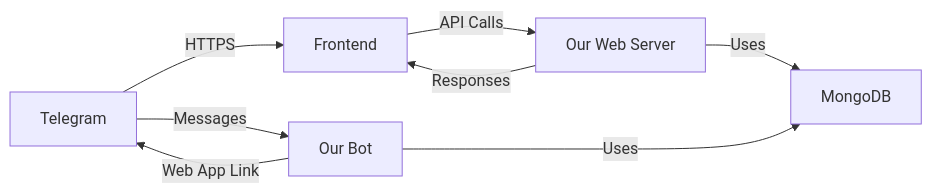
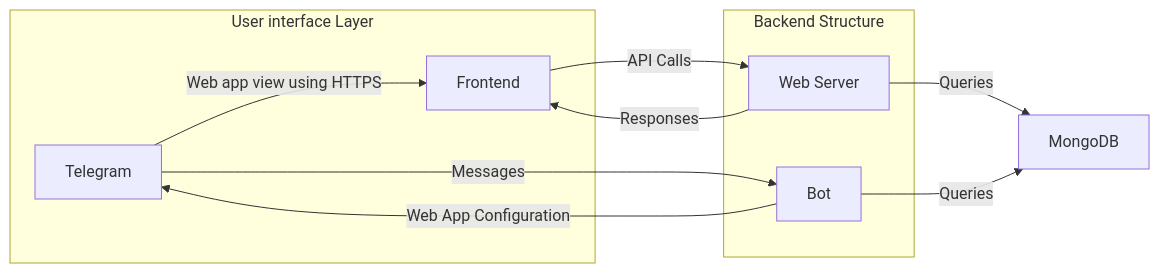
The diagram in README.md (Fardenz/telegram-mini-app), drawn with Mermaid before and after one commit.

Commit message:
adding architecture diagram

````diff
--- a/README.md
+++ b/README.md
@@ -95,10 +95,18 @@
 ```mermaid
 graph LR
-    A[Telegram] -->|Messages| B[Our Bot]
-    B -->|Web App Link| A
-    A -->|HTTPS| C[Frontend]
-    C -->|API Calls| D[Our Web Server]
+    A[Telegram] -->|Messages| B[Bot]
+    B --> |Web App Configuration|A
+    A -->|Web app view using HTTPS| C[Frontend]
+    C -->|API Calls| D[Web Server]
     D -->|Responses| C
-    D -->|Uses| E[MongoDB]
-    B -->|Uses| E
+    D --> |Queries|E[MongoDB]
+    B --> |Queries|E
+    subgraph "Backend Structure"
+        D
+        B
+    end
+    subgraph "User interface Layer"
+        C
+        A
+    end
 ```
````
